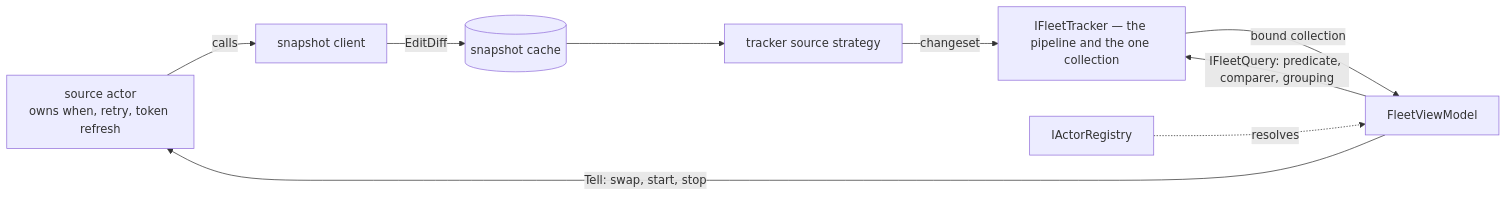
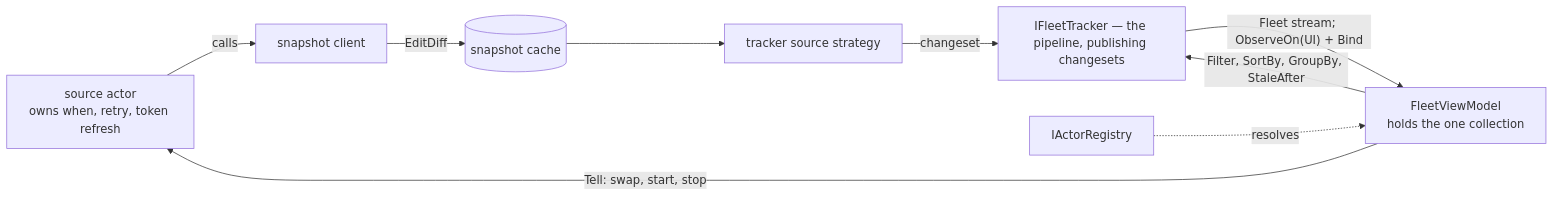
The third of 3 diagrams in features/fleet-dashboard/.spec/README.md (RLittlesII/Transporter), drawn with Mermaid before and after one commit. The commit also changed other lines of this file and 16 other files, not shown here.

First line of the commit message:
docs: answer every fleet-pipeline open question, including the architecture review (#24)

````diff
--- a/features/fleet-dashboard/.spec/README.md
+++ b/features/fleet-dashboard/.spec/README.md
@@ -272,11 +297,11 @@
 ```mermaid
 flowchart LR
     actor["source actor<br/>owns when, retry, token refresh"] -->|calls| client["snapshot client"]
     client -->|EditDiff| cache[("snapshot cache")]
     cache --> strategy["tracker source strategy"]
-    strategy -->|changeset| tracker["IFleetTracker — the pipeline and the one collection"]
-    tracker -->|bound collection| vm["FleetViewModel"]
-    vm -->|IFleetQuery: predicate, comparer, grouping| tracker
+    strategy -->|changeset| tracker["IFleetTracker — the pipeline, publishing changesets"]
+    tracker -->|"Fleet stream; ObserveOn(UI) + Bind"| vm["FleetViewModel<br/>holds the one collection"]
+    vm -->|"Filter, SortBy, GroupBy, StaleAfter"| tracker
     vm -->|Tell: swap, start, stop| actor
     registry["IActorRegistry"] -.->|resolves| vm
 ```
````
